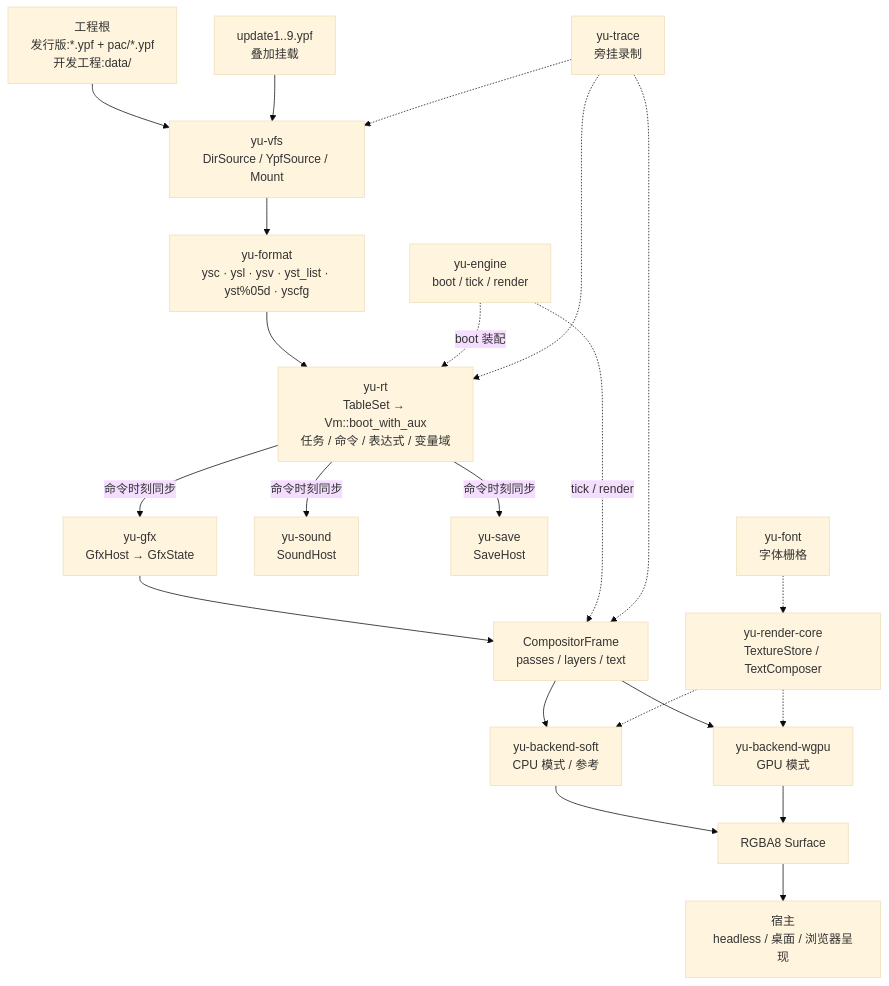
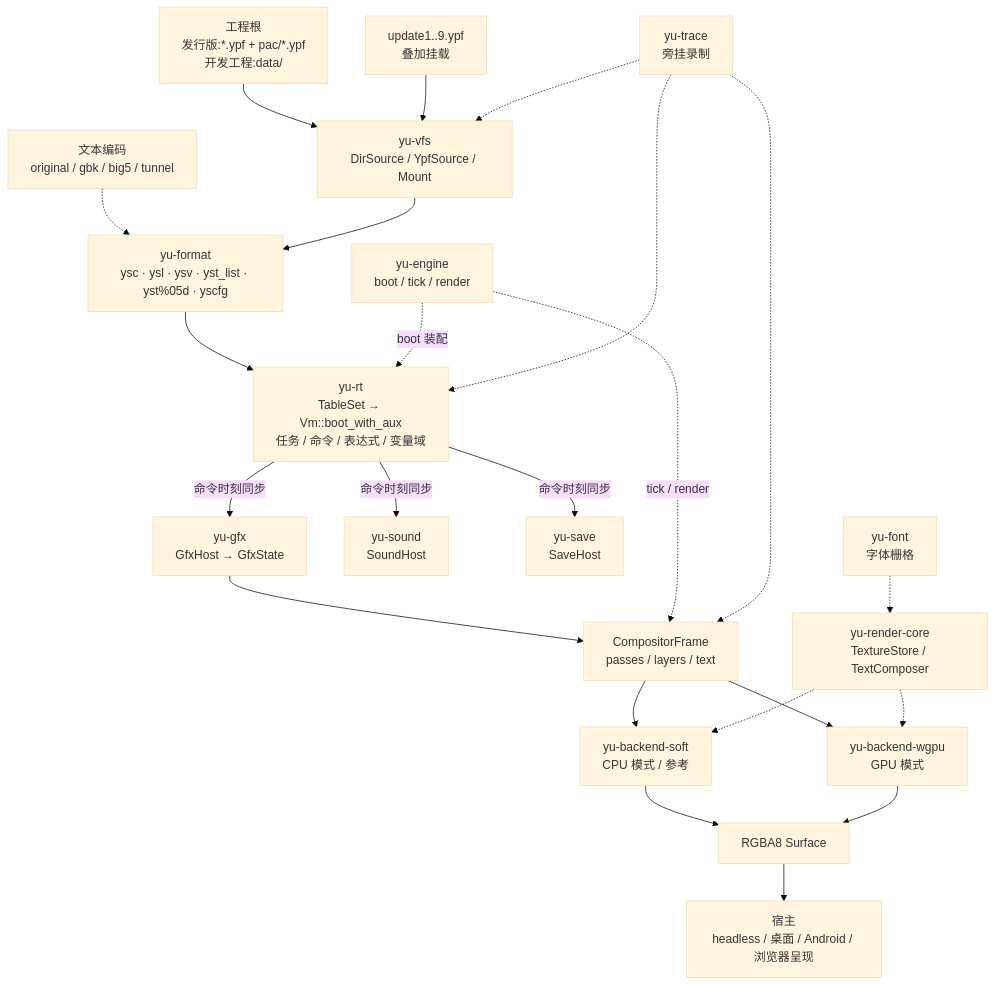
The diagram in README.md (NotFaceGUI/yuris-kernel), drawn with Mermaid (base theme) before and after one commit. The commit also changed other lines of this file and 15 other files, not shown here.

````diff
--- a/README.md
+++ b/README.md
@@ -75,41 +119,43 @@
 ```mermaid
 flowchart TD
     PROJ["工程根<br/>发行版:*.ypf + pac/*.ypf<br/>开发工程:data/"]
     UPD["update1..9.ypf<br/>叠加挂载"]
+    PATCH["文本编码<br/>original / gbk / big5 / tunnel"]
     VFS["yu-vfs<br/>DirSource / YpfSource / Mount"]
     FMT["yu-format<br/>ysc · ysl · ysv · yst_list · yst%05d · yscfg"]
     RT["yu-rt<br/>TableSet → Vm::boot_with_aux<br/>任务 / 命令 / 表达式 / 变量域"]
     GFX["yu-gfx<br/>GfxHost → GfxState"]
     SND["yu-sound<br/>SoundHost"]
     SAV["yu-save<br/>SaveHost"]
     CF["CompositorFrame<br/>passes / layers / text"]
     CORE["yu-render-core<br/>TextureStore / TextComposer"]
     FONT["yu-font<br/>字体栅格"]
     SOFT["yu-backend-soft<br/>CPU 模式 / 参考"]
     WGPU["yu-backend-wgpu<br/>GPU 模式"]
     SURF["RGBA8 Surface"]
-    HOST["宿主<br/>headless / 桌面 / 浏览器呈现"]
+    HOST["宿主<br/>headless / 桌面 / Android / 浏览器呈现"]
     ENG["yu-engine<br/>boot / tick / render"]
     TRACE["yu-trace<br/>旁挂录制"]
 
     PROJ --> VFS
     UPD --> VFS
+    PATCH -.-> FMT
     VFS --> FMT --> RT
     RT -->|"命令时刻同步"| GFX
     RT -->|"命令时刻同步"| SND
     RT -->|"命令时刻同步"| SAV
     GFX --> CF
     CF --> SOFT
     CF --> WGPU
     FONT -.-> CORE
     CORE -.-> SOFT
     CORE -.-> WGPU
     SOFT --> SURF
     WGPU --> SURF
     SURF --> HOST
     ENG -.->|"boot 装配"| RT
     ENG -.->|"tick / render"| CF
     TRACE -.-> VFS
     TRACE -.-> RT
     TRACE -.-> CF
 ```
````
